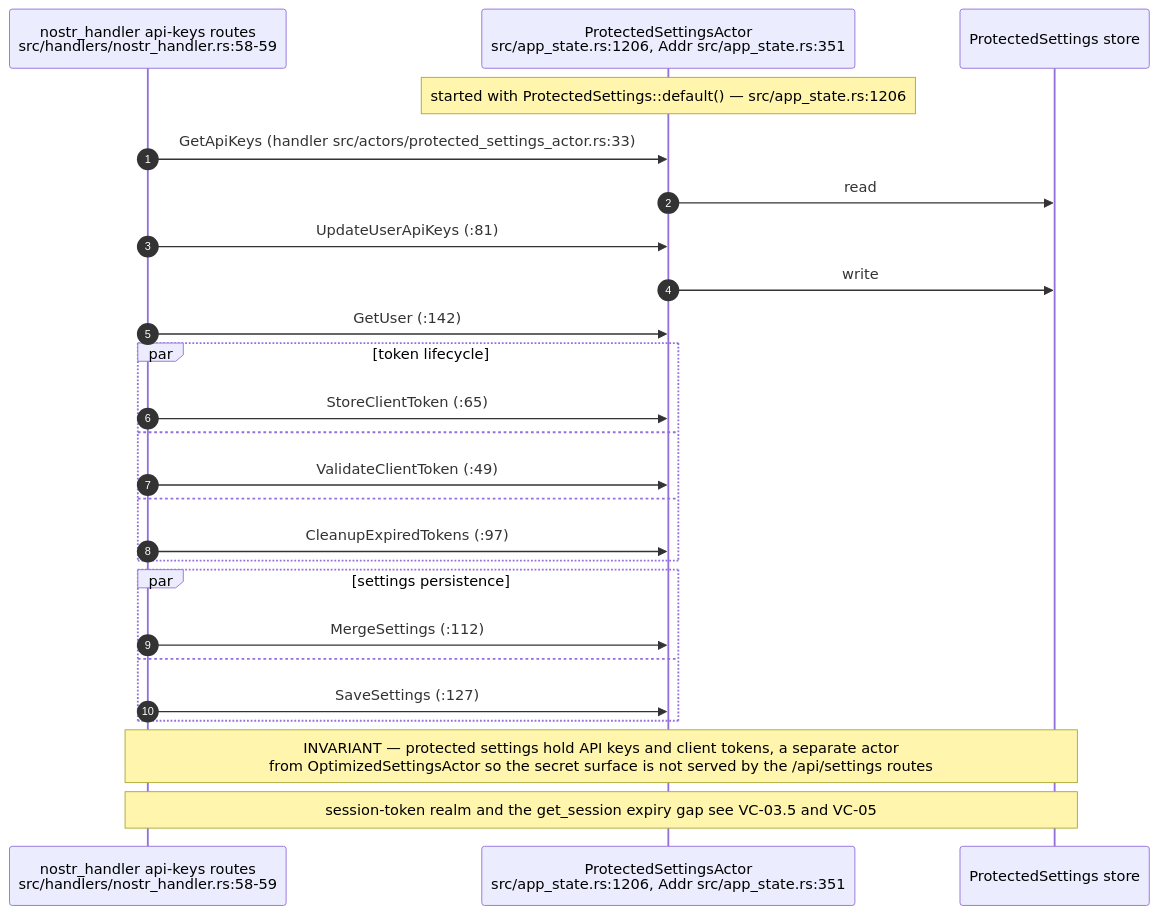
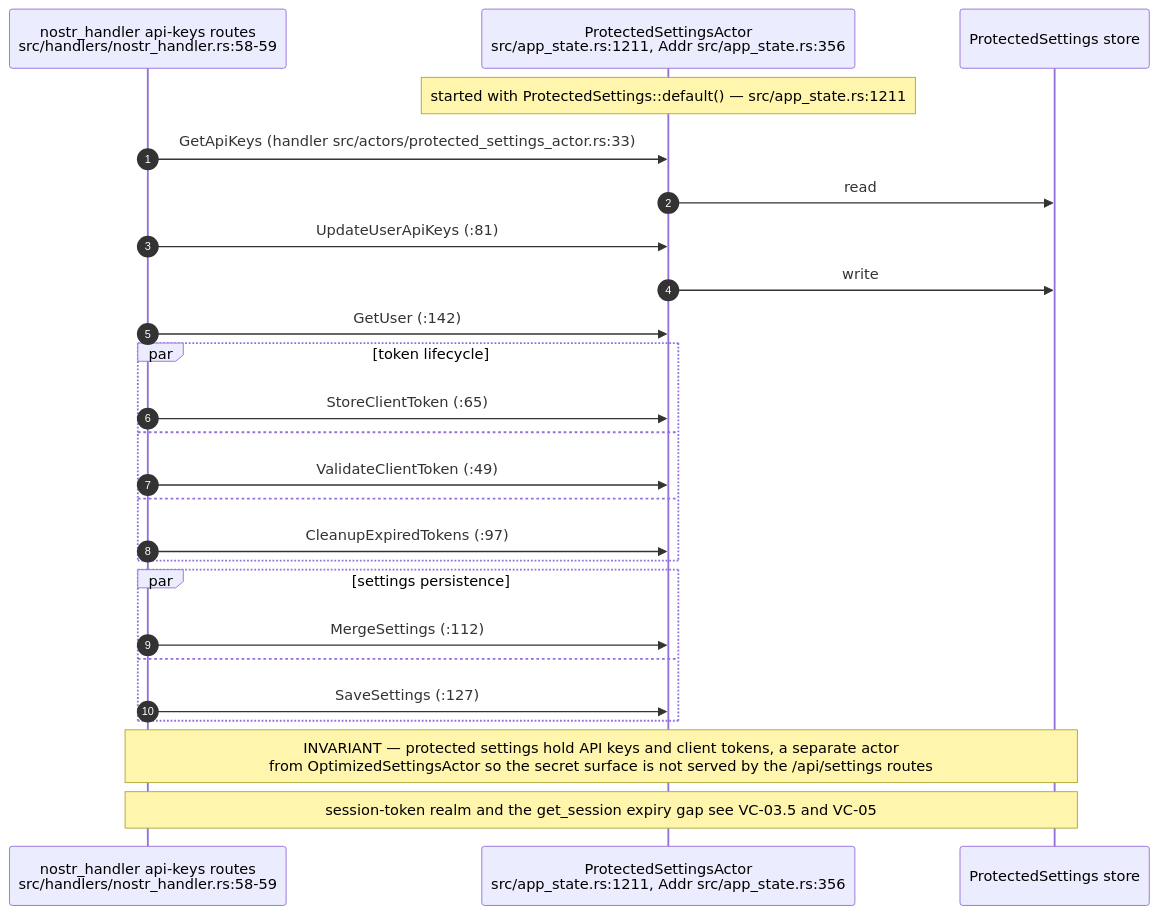
The sixth of 10 diagrams in docs/diagrams/visionclaw/06-settings-round-trip.md (DreamLab-AI/AR-AI-Knowledge-Graph), drawn with Mermaid before and after one commit. The commit also changed other lines of this file and 73 other files, not shown here.

First line of the commit message:
docs(diagrams): re-verify all 71 topic files against HEAD; add --cite-check

````diff
--- a/docs/diagrams/visionclaw/06-settings-round-trip.md
+++ b/docs/diagrams/visionclaw/06-settings-round-trip.md
@@ -214,28 +214,28 @@
 ```mermaid
 sequenceDiagram
     autonumber
     participant H as nostr_handler api-keys routes<br/>src/handlers/nostr_handler.rs:58-59
-    participant PS as ProtectedSettingsActor<br/>src/app_state.rs:1206, Addr src/app_state.rs:351
+    participant PS as ProtectedSettingsActor<br/>src/app_state.rs:1211, Addr src/app_state.rs:356
     participant ST as ProtectedSettings store
 
-    Note over PS: started with ProtectedSettings::default() — src/app_state.rs:1206
+    Note over PS: started with ProtectedSettings::default() — src/app_state.rs:1211
     H->>PS: GetApiKeys (handler src/actors/protected_settings_actor.rs:33)
     PS->>ST: read
     H->>PS: UpdateUserApiKeys (:81)
     PS->>ST: write
     H->>PS: GetUser (:142)
     par token lifecycle
         H->>PS: StoreClientToken (:65)
     and
         H->>PS: ValidateClientToken (:49)
     and
         H->>PS: CleanupExpiredTokens (:97)
     end
     par settings persistence
         H->>PS: MergeSettings (:112)
     and
         H->>PS: SaveSettings (:127)
     end
     Note over H,ST: INVARIANT — protected settings hold API keys and client tokens, a separate actor<br/>from OptimizedSettingsActor so the secret surface is not served by the /api/settings routes
     Note over H,ST: session-token realm and the get_session expiry gap see VC-03.5 and VC-05
 ```
````
